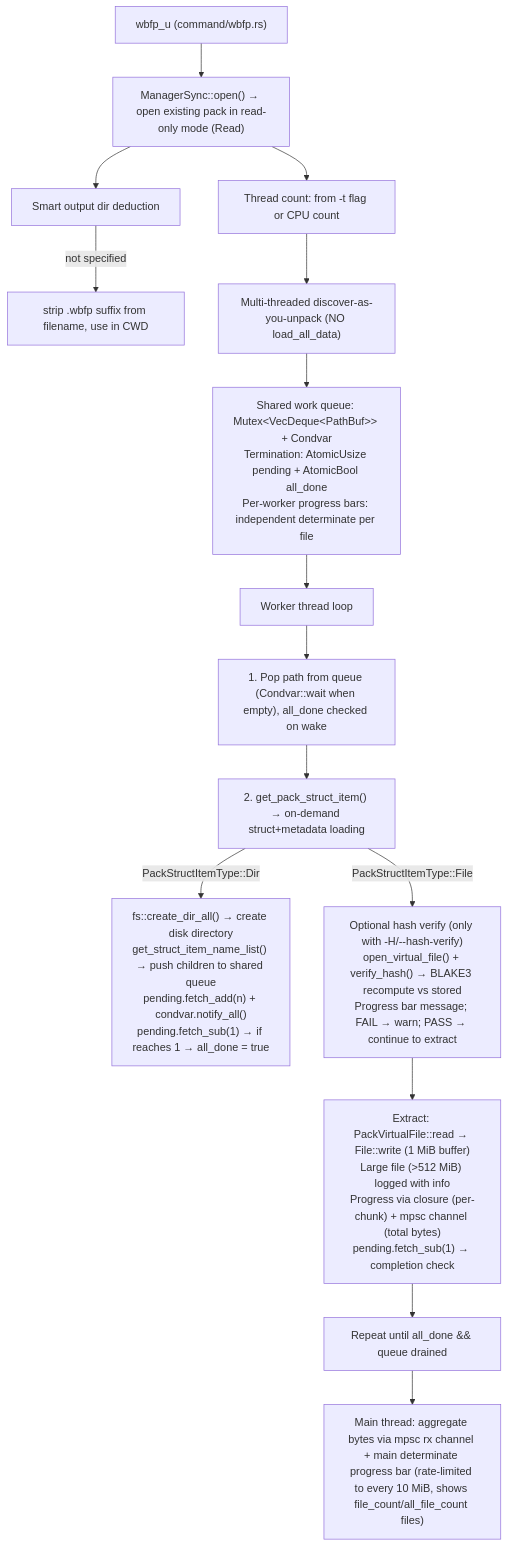
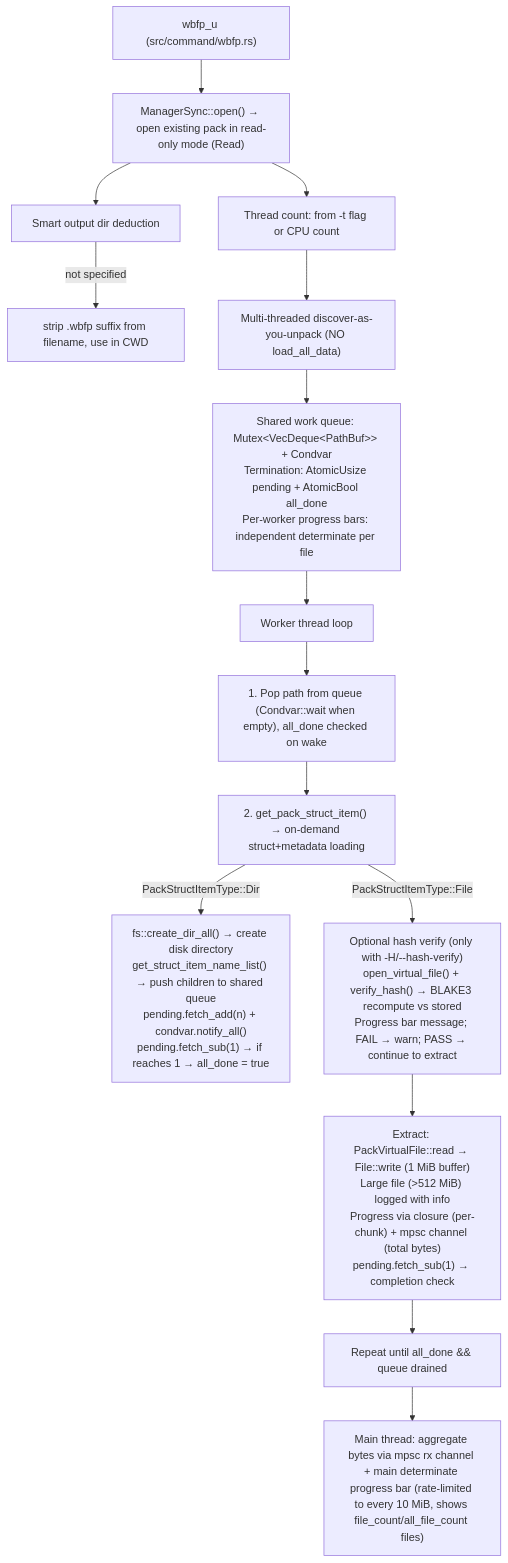
Before and after one commit to WaterBall20/water_ball_tool: the sixth of 9 diagrams in ARCHITECTURE.md, drawn with Mermaid. The commit also changed other lines of this file and 27 other files, not shown here.

````diff
--- a/ARCHITECTURE.md
+++ b/ARCHITECTURE.md
@@ -731,18 +874,18 @@
 ```mermaid
 flowchart TD
-    U["wbfp_u (command/wbfp.rs)"]
+    U["wbfp_u (src/command/wbfp.rs)"]
     U --> O["ManagerSync::open() → open existing pack in read-only mode (Read)"]
     O --> OD["Smart output dir deduction"]
     OD -->|" not specified "| OD1["strip .wbfp suffix from filename, use in CWD"]
     O --> TC["Thread count: from -t flag or CPU count"]
     TC --> DIS["Multi-threaded discover-as-you-unpack (NO load_all_data)"]
     DIS --> Q["Shared work queue: Mutex&lt;VecDeque&lt;PathBuf&gt;&gt; + Condvar<br/>Termination: AtomicUsize pending + AtomicBool all_done<br/>Per-worker progress bars: independent determinate per file"]
     Q --> W["Worker thread loop"]
     W --> W1["1. Pop path from queue (Condvar::wait when empty), all_done checked on wake"]
     W1 --> W2["2. get_pack_struct_item() → on-demand struct+metadata loading"]
     W2 -->|" PackStructItemType::Dir "| WD["fs::create_dir_all() → create disk directory<br/>get_struct_item_name_list() → push children to shared queue<br/>pending.fetch_add(n) + condvar.notify_all()<br/>pending.fetch_sub(1) → if reaches 1 → all_done = true"]
     W2 -->|" PackStructItemType::File "| WF["Optional hash verify (only with -H/--hash-verify)<br/>open_virtual_file() + verify_hash() → BLAKE3 recompute vs stored<br/>Progress bar message; FAIL → warn; PASS → continue to extract"]
     WF --> WE["Extract: PackVirtualFile::read → File::write (1 MiB buffer)<br/>Large file (&gt;512 MiB) logged with info<br/>Progress via closure (per-chunk) + mpsc channel (total bytes)<br/>pending.fetch_sub(1) → completion check"]
     WE --> WLOOP["Repeat until all_done && queue drained"]
     WLOOP --> M["Main thread: aggregate bytes via mpsc rx channel + main determinate progress bar (rate-limited to every 10 MiB, shows file_count/all_file_count files)"]
 ```
````
